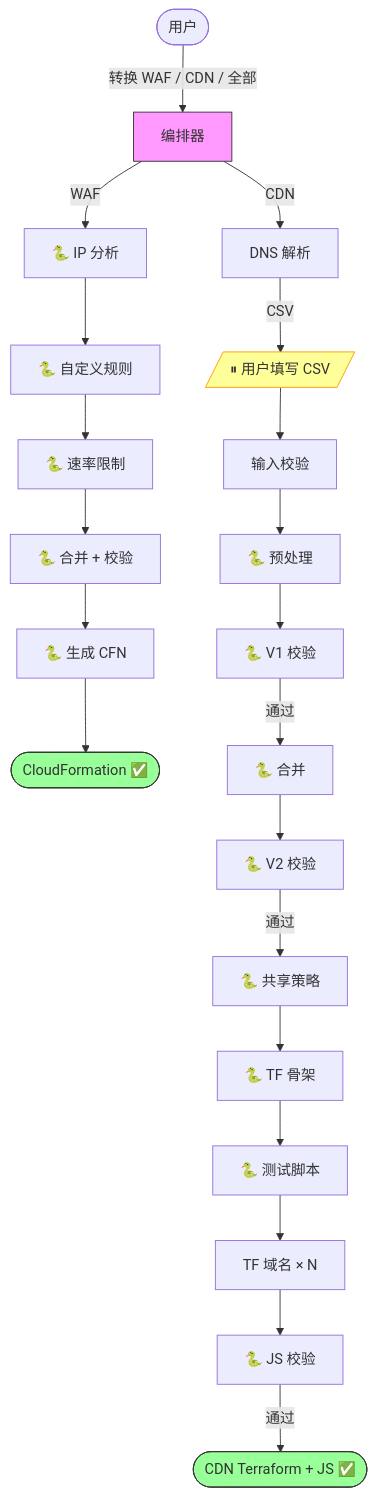
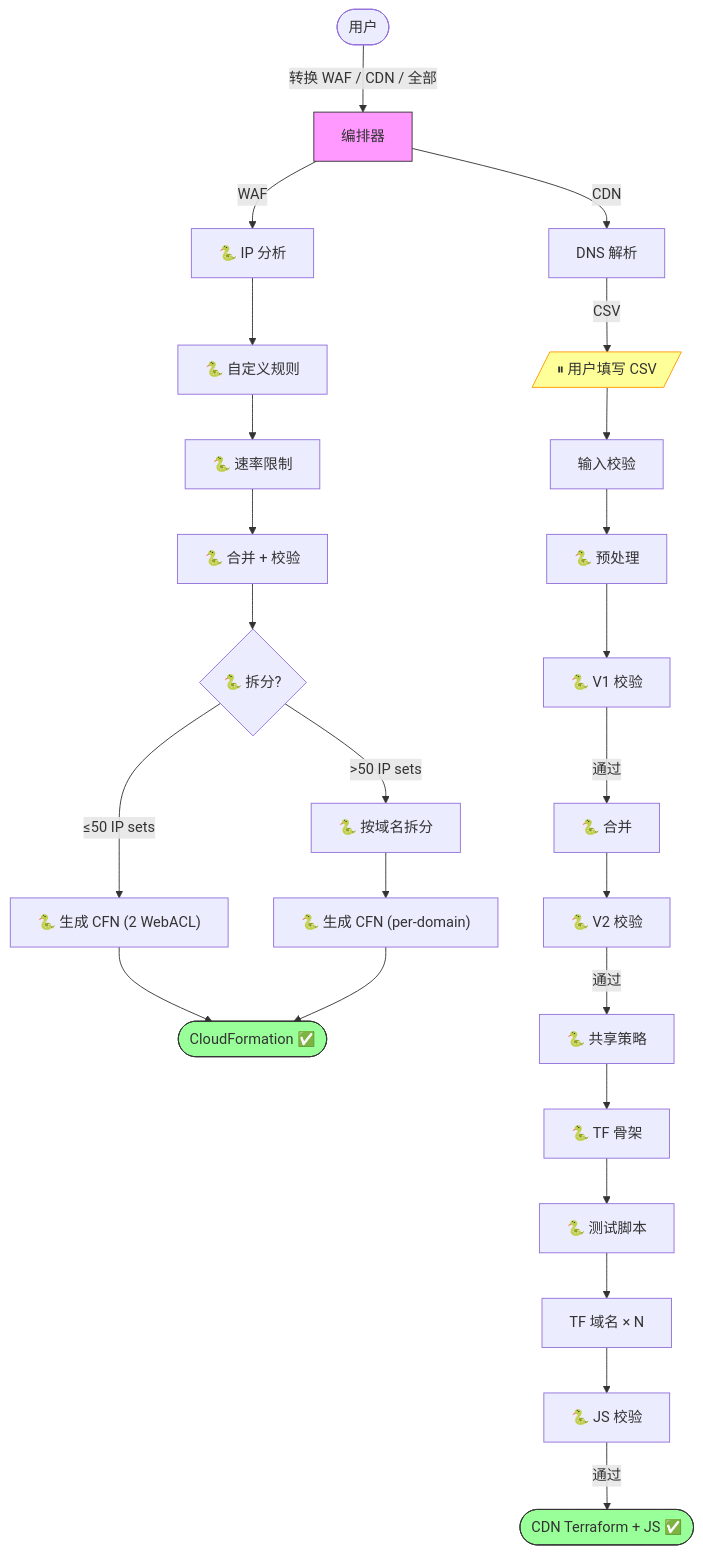
Before and after one commit to chenghit/cloudflare-aws-edge-config-converter: the diagram in README_CN.md, drawn with Mermaid. The commit also changed other lines of this file and 4 other files, not shown here.

First line of the commit message:
docs: update README, CHANGELOG, and why-cloudformation for per-domain WebACL

````diff
--- a/README_CN.md
+++ b/README_CN.md
@@ -83,24 +85,25 @@
 ```mermaid
 flowchart TD
     User([用户]) -->|"转换 WAF / CDN / 全部"| Main["编排器"]
 
-    Main -->|WAF| WAF_A1["🐍 IP 分析"] --> WAF_A2["🐍 自定义规则"] --> WAF_A3["🐍 速率限制"] --> WAF_M["🐍 合并 + 校验"] --> WAF_G["🐍 生成 CFN"] --> WAF_Done([CloudFormation ✅])
+    Main -->|WAF| WAF_A1["🐍 IP 分析"] --> WAF_A2["🐍 自定义规则"] --> WAF_A3["🐍 速率限制"] --> WAF_M["🐍 合并 + 校验"] --> WAF_S{"🐍 拆分?"} -->|"≤50 IP sets"| WAF_G["🐍 生成 CFN (2 WebACL)"] --> WAF_Done([CloudFormation ✅])
+    WAF_S -->|">50 IP sets"| WAF_SP["🐍 按域名拆分"] --> WAF_GP["🐍 生成 CFN (per-domain)"] --> WAF_Done
 
     Main -->|CDN| CDN1["DNS 解析"] -->|CSV| Pause[/"⏸ 用户填写 CSV"/]
     Pause --> CDN2["输入校验"]
     CDN2 --> CDN3["🐍 预处理"]
     CDN3 --> CDN4["🐍 V1 校验"]
     CDN4 -->|通过| CDN5["🐍 合并"]
     CDN5 --> CDN6["🐍 V2 校验"]
     CDN6 -->|通过| CDN7["🐍 共享策略"]
     CDN7 --> CDN75["🐍 TF 骨架"]
     CDN75 --> CDN76["🐍 测试脚本"]
     CDN76 --> CDN8["TF 域名 × N"]
     CDN8 --> CDN9["🐍 JS 校验"]
     CDN9 -->|通过| CDN_Done([CDN Terraform + JS ✅])
 
     style Main fill:#f9f,stroke:#333
     style Pause fill:#ff9,stroke:#f90
     style WAF_Done fill:#9f9,stroke:#333
     style CDN_Done fill:#9f9,stroke:#333
 ```
````
